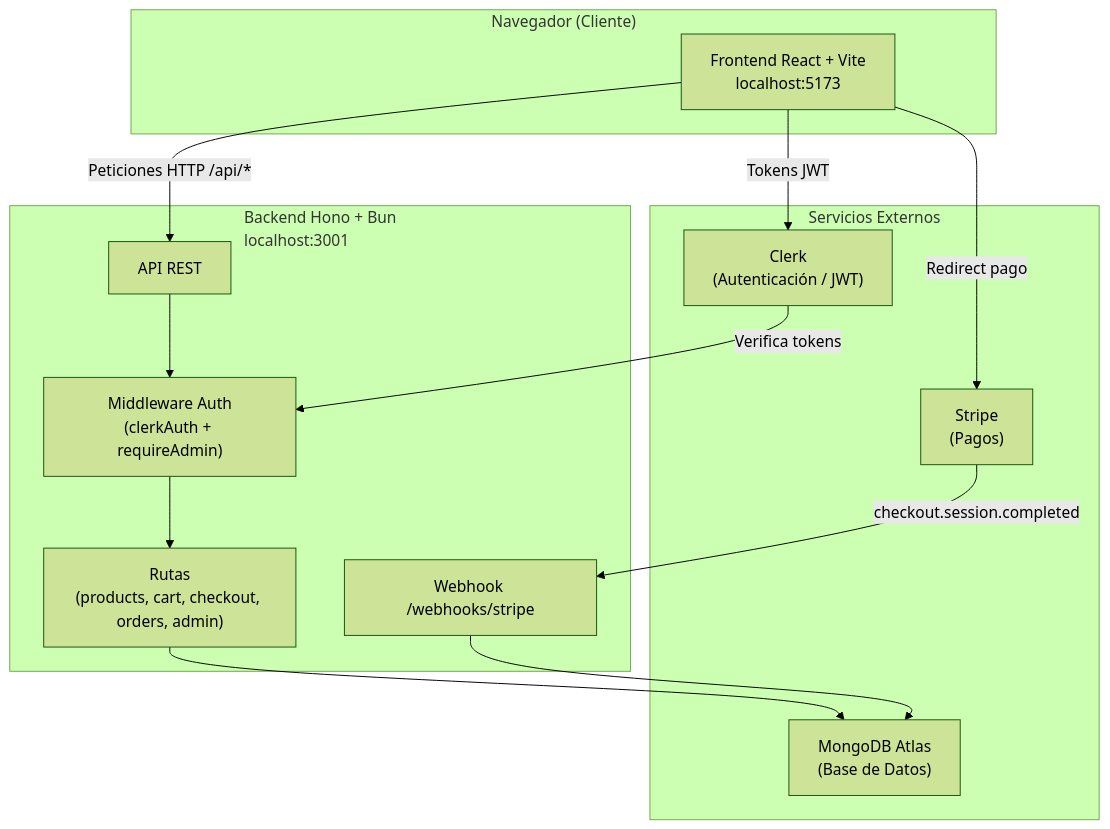
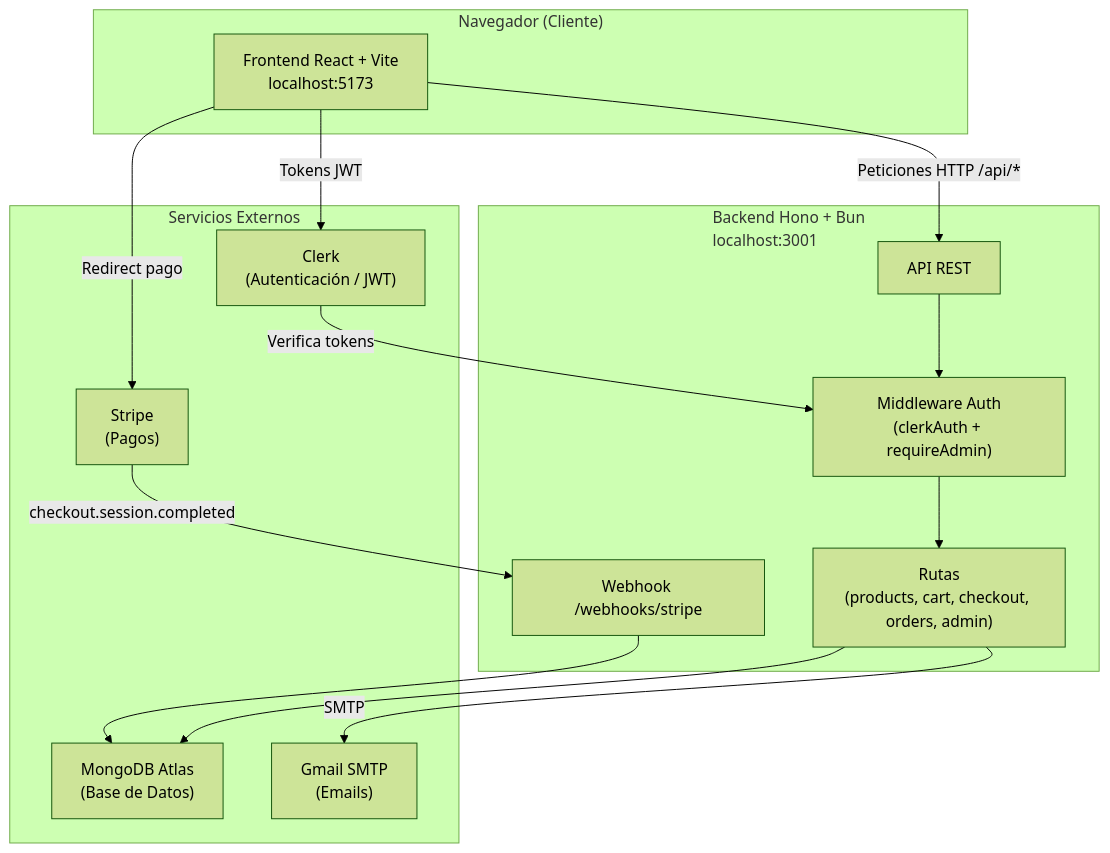
Before and after one commit to EiJassiel/healthora: the first of 11 diagrams in docs/arquitectura.md, drawn with Mermaid (forest theme). The commit also changed other lines of this file and 4 other files, not shown here.

````diff
--- a/docs/arquitectura.md
+++ b/docs/arquitectura.md
@@ -24,28 +25,30 @@
 ```mermaid
 graph TB
     subgraph Cliente["Navegador (Cliente)"]
         FE["Frontend React + Vite<br/>localhost:5173"]
     end
 
     subgraph Servicios["Servicios Externos"]
         CLERK["Clerk<br/>(Autenticación / JWT)"]
         STRIPE["Stripe<br/>(Pagos)"]
         MONGO["MongoDB Atlas<br/>(Base de Datos)"]
+        GMAIL["Gmail SMTP<br/>(Emails)"]
     end
 
     subgraph Servidor["Backend Hono + Bun<br/>localhost:3001"]
         API["API REST"]
         MW["Middleware Auth<br/>(clerkAuth + requireAdmin)"]
         ROUTES["Rutas<br/>(products, cart, checkout, orders, admin)"]
         WEBHOOK["Webhook /webhooks/stripe"]
     end
 
     FE -- "Peticiones HTTP /api/*" --> API
     FE -- "Tokens JWT" --> CLERK
     CLERK -- "Verifica tokens" --> MW
     API --> MW --> ROUTES
     ROUTES --> MONGO
     STRIPE -- "checkout.session.completed" --> WEBHOOK
     WEBHOOK --> MONGO
     FE -- "Redirect pago" --> STRIPE
+    ROUTES -- "SMTP" --> GMAIL
 ```
````
